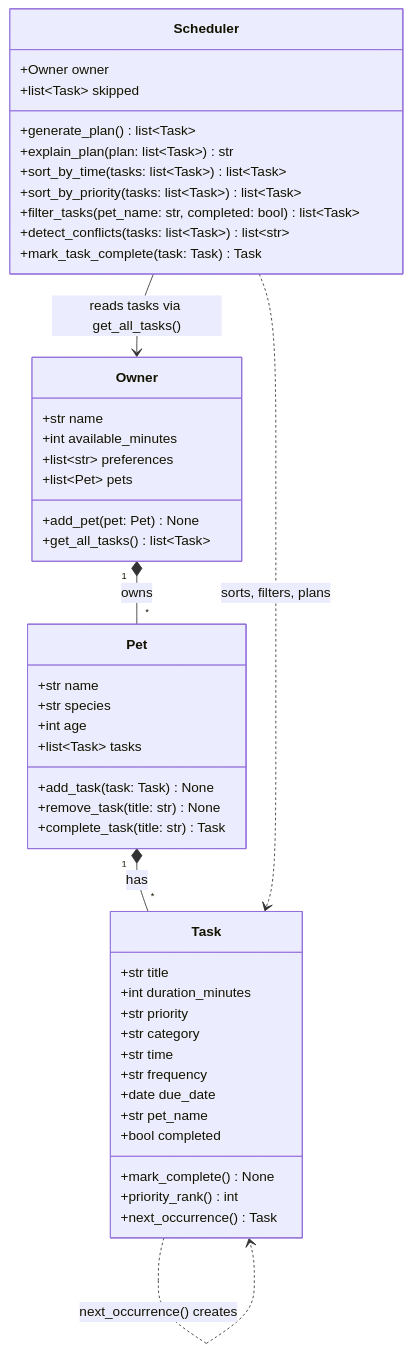
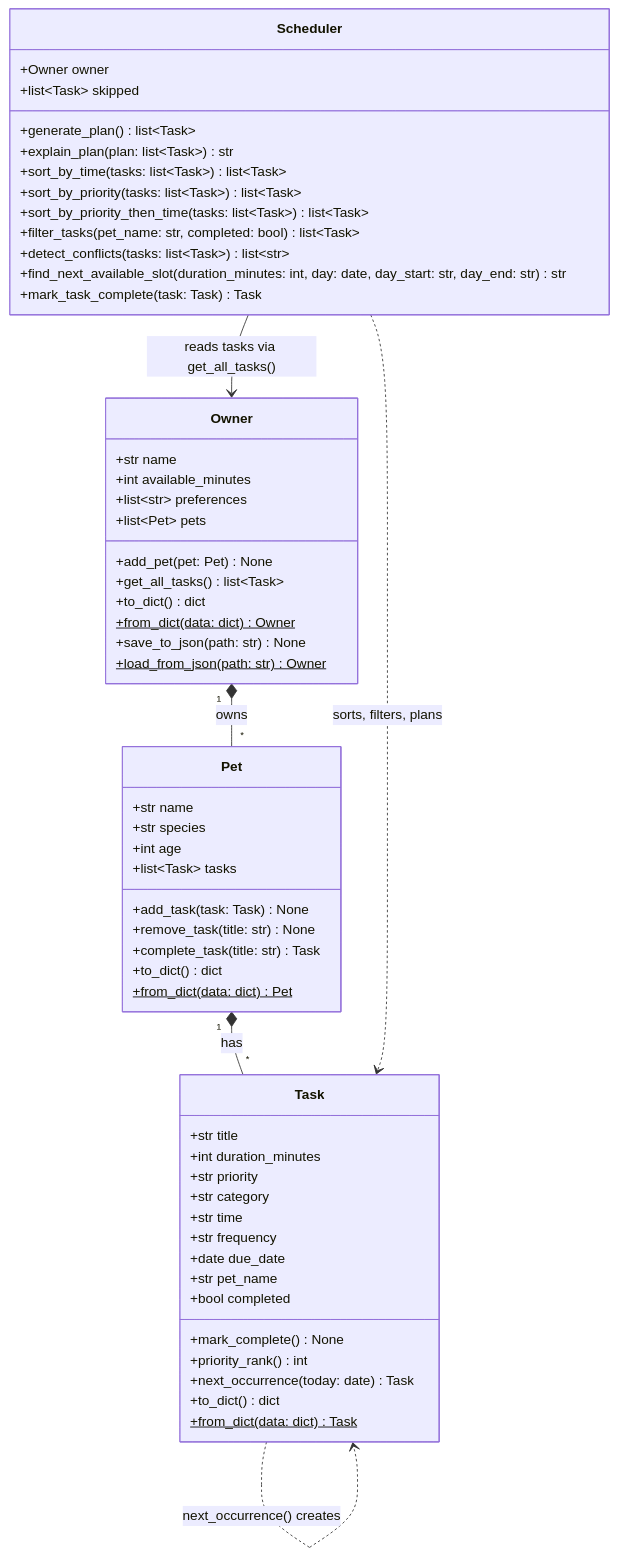
Before and after one commit to jafarsharifshaik/ai110-module2show-pawpal-starter: the diagram in diagrams/uml_final.mmd, drawn with Mermaid. The commit also changed 8 other files, not shown here.

Commit message:
feat: add next available slot, JSON persistence, priority scheduling, and formatted output

```diff
--- a/diagrams/uml_final.mmd
+++ b/diagrams/uml_final.mmd
@@ -1,54 +1,64 @@
 classDiagram
     %% PawPal+ final UML, matching pawpal_system.py
 
     class Owner {
         +str name
         +int available_minutes
         +list~str~ preferences
         +list~Pet~ pets
         +add_pet(pet: Pet) None
         +get_all_tasks() list~Task~
+        +to_dict() dict
+        +from_dict(data: dict)$ Owner
+        +save_to_json(path: str) None
+        +load_from_json(path: str)$ Owner
     }
 
     class Pet {
         +str name
         +str species
         +int age
         +list~Task~ tasks
         +add_task(task: Task) None
         +remove_task(title: str) None
         +complete_task(title: str) Task
+        +to_dict() dict
+        +from_dict(data: dict)$ Pet
     }
 
     class Task {
         +str title
         +int duration_minutes
         +str priority
         +str category
         +str time
         +str frequency
         +date due_date
         +str pet_name
         +bool completed
         +mark_complete() None
         +priority_rank() int
-        +next_occurrence() Task
+        +next_occurrence(today: date) Task
+        +to_dict() dict
+        +from_dict(data: dict)$ Task
     }
 
     class Scheduler {
         +Owner owner
         +list~Task~ skipped
         +generate_plan() list~Task~
         +explain_plan(plan: list~Task~) str
         +sort_by_time(tasks: list~Task~) list~Task~
         +sort_by_priority(tasks: list~Task~) list~Task~
+        +sort_by_priority_then_time(tasks: list~Task~) list~Task~
         +filter_tasks(pet_name: str, completed: bool) list~Task~
         +detect_conflicts(tasks: list~Task~) list~str~
+        +find_next_available_slot(duration_minutes: int, day: date, day_start: str, day_end: str) str
         +mark_task_complete(task: Task) Task
     }
 
     Owner "1" *-- "*" Pet : owns
     Pet "1" *-- "*" Task : has
     Scheduler --> Owner : reads tasks via get_all_tasks()
     Scheduler ..> Task : sorts, filters, plans
     Task ..> Task : next_occurrence() creates
```
